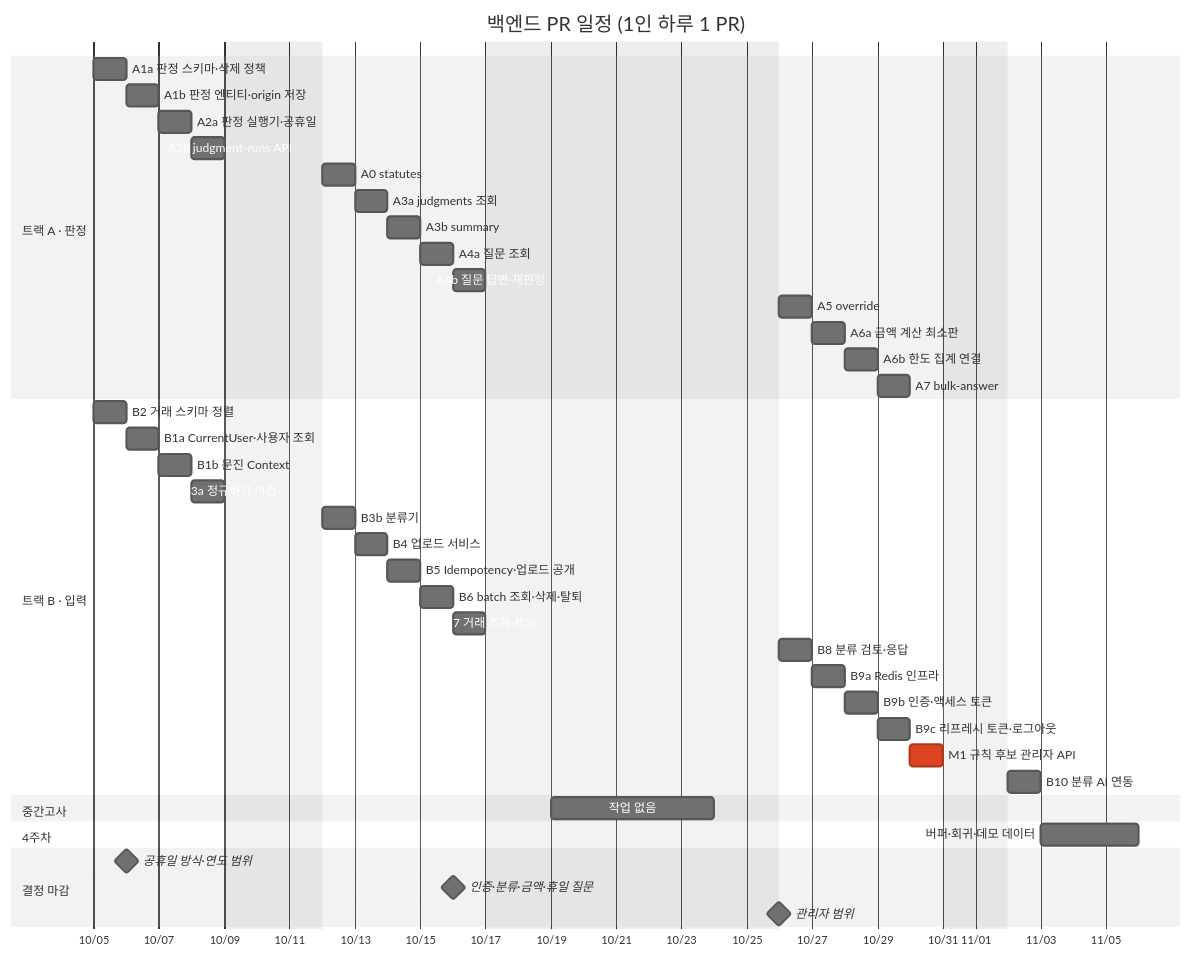
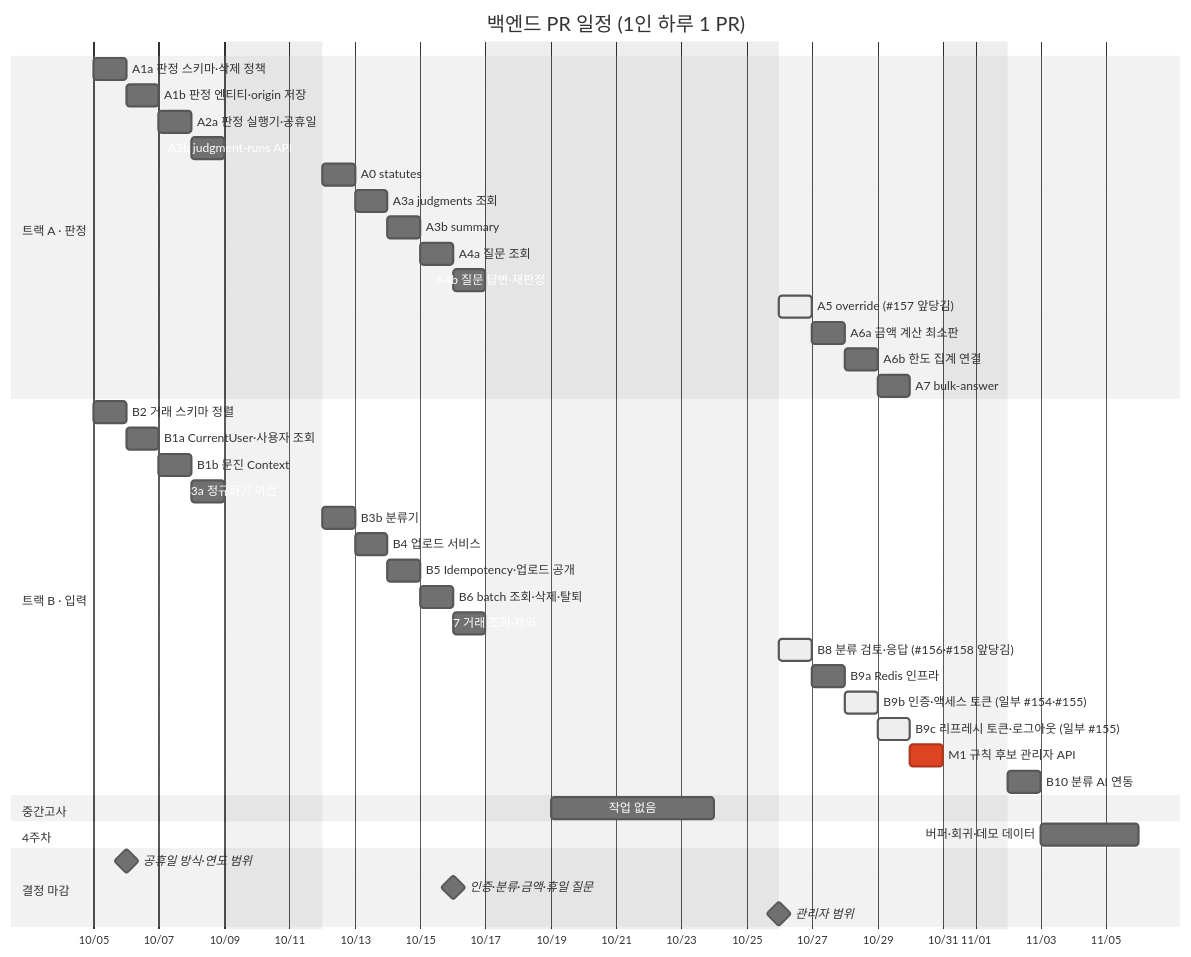
Before and after one commit to RainDrop3/ktc4-pusan-4: the first of 4 diagrams in docs/backend_api_plan.md, drawn with Mermaid (neutral theme). The commit also changed other lines of this file, not shown here.

````diff
--- a/docs/backend_api_plan.md
+++ b/docs/backend_api_plan.md
@@ -24,50 +25,50 @@
 ```mermaid
 gantt
     title 백엔드 PR 일정 (1인 하루 1 PR)
     dateFormat YYYY-MM-DD
     axisFormat %m/%d
     excludes weekends, 2026-10-09, 2026-10-19, 2026-10-20, 2026-10-21, 2026-10-22, 2026-10-23
 
     section 트랙 A · 판정
     A1a 판정 스키마·삭제 정책    :a1a, 2026-10-05, 1d
     A1b 판정 엔티티·origin 저장  :a1b, after a1a, 1d
     A2a 판정 실행기·공휴일       :a2a, after a1b, 1d
     A2b judgment-runs API        :a2b, after a2a, 1d
     A0 statutes                  :a0, after a2b, 1d
     A3a judgments 조회           :a3a, after a0, 1d
     A3b summary                  :a3b, after a3a, 1d
     A4a 질문 조회                :a4a, after a3b, 1d
     A4b 질문 답변·재판정         :a4b, after a4a, 1d
-    A5 override                  :a5, after a4b, 1d
+    A5 override (#157 앞당김)    :active, a5, after a4b, 1d
     A6a 금액 계산 최소판         :a6a, after a5, 1d
     A6b 한도 집계 연결           :a6b, after a6a, 1d
     A7 bulk-answer               :a7, after a6b, 1d
 
     section 트랙 B · 입력
     B2 거래 스키마 정렬          :b2, 2026-10-05, 1d
     B1a CurrentUser·사용자 조회  :b1a, after b2, 1d
     B1b 문진 Context             :b1b, after b1a, 1d
     B3a 정규화기 이전            :b3a, after b1b, 1d
     B3b 분류기                   :b3b, after b3a, 1d
     B4 업로드 서비스             :b4, after b3b, 1d
     B5 Idempotency·업로드 공개   :b5, after b4, 1d
     B6 batch 조회·삭제·탈퇴      :b6, after b5, 1d
     B7 거래 조회·제외            :b7, after b6, 1d
-    B8 분류 검토·응답            :b8, after b7, 1d
+    B8 분류 검토·응답 (#156·#158 앞당김) :active, b8, after b7, 1d
     B9a Redis 인프라             :b9a, after b8, 1d
-    B9b 인증·액세스 토큰         :b9b, after b9a, 1d
-    B9c 리프레시 토큰·로그아웃   :b9c, after b9b, 1d
+    B9b 인증·액세스 토큰 (일부 #154·#155) :active, b9b, after b9a, 1d
+    B9c 리프레시 토큰·로그아웃 (일부 #155) :active, b9c, after b9b, 1d
     M1 규칙 후보 관리자 API      :crit, m1, after b9c, 1d
     B10 분류 AI 연동             :b10, after m1, 1d
 
     section 중간고사
     작업 없음                    :exam, 2026-10-19, 2026-10-24
 
     section 4주차
     버퍼·회귀·데모 데이터        :buf, 2026-11-03, 3d
 
     section 결정 마감
     공휴일 방식·연도 범위        :milestone, d0, 2026-10-06, 0d
     인증·분류·금액·휴일 질문     :milestone, d1, 2026-10-16, 0d
     관리자 범위                  :milestone, d2, 2026-10-26, 0d
 ```
````
